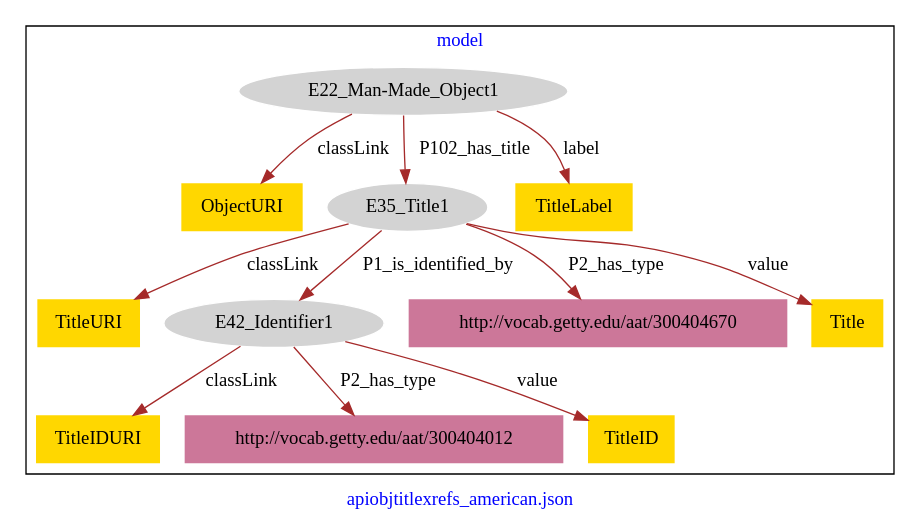
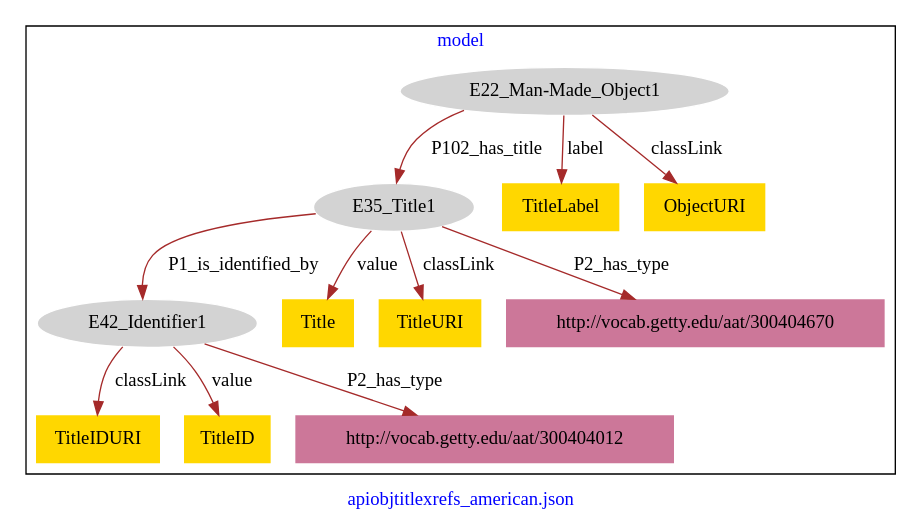
The diagram in apiobjtitlexrefs_american/apiobjtitlexrefs_american-primary_title-model.dot (american-art/PUAM), drawn with Graphviz before and after one commit.

Commit message:
Update file apiobjtitlexrefs_american-primary_title-model.dot

```diff
--- a/apiobjtitlexrefs_american/apiobjtitlexrefs_american-primary_title-model.dot
+++ b/apiobjtitlexrefs_american/apiobjtitlexrefs_american-primary_title-model.dot
@@ -1,29 +1,29 @@
 digraph n0 {
 fontcolor="blue"
 remincross="true"
 label="apiobjtitlexrefs_american.json"
 subgraph cluster {
 label="model"
 n2[style="filled",color="white",fillcolor="lightgray",label="E22_Man-Made_Object1"];
-n3[shape="plaintext",style="filled",fillcolor="gold",label="ObjectURI"];
-n4[style="filled",color="white",fillcolor="lightgray",label="E35_Title1"];
-n5[shape="plaintext",style="filled",fillcolor="gold",label="TitleLabel"];
-n6[shape="plaintext",style="filled",fillcolor="gold",label="TitleURI"];
-n7[style="filled",color="white",fillcolor="lightgray",label="E42_Identifier1"];
-n8[shape="plaintext",style="filled",fillcolor="#CC7799",label="http://vocab.getty.edu/aat/300404670"];
-n9[shape="plaintext",style="filled",fillcolor="gold",label="Title"];
-n10[shape="plaintext",style="filled",fillcolor="gold",label="TitleIDURI"];
+n3[style="filled",color="white",fillcolor="lightgray",label="E35_Title1"];
+n4[style="filled",color="white",fillcolor="lightgray",label="E42_Identifier1"];
+n5[shape="plaintext",style="filled",fillcolor="gold",label="TitleIDURI"];
+n6[shape="plaintext",style="filled",fillcolor="gold",label="TitleLabel"];
+n7[shape="plaintext",style="filled",fillcolor="gold",label="Title"];
+n8[shape="plaintext",style="filled",fillcolor="gold",label="TitleURI"];
+n9[shape="plaintext",style="filled",fillcolor="gold",label="TitleID"];
+n10[shape="plaintext",style="filled",fillcolor="gold",label="ObjectURI"];
 n11[shape="plaintext",style="filled",fillcolor="#CC7799",label="http://vocab.getty.edu/aat/300404012"];
-n12[shape="plaintext",style="filled",fillcolor="gold",label="TitleID"];
+n12[shape="plaintext",style="filled",fillcolor="#CC7799",label="http://vocab.getty.edu/aat/300404670"];
 }
-n2 -> n3[color="brown",fontcolor="black",label="classLink"]
-n2 -> n4[color="brown",fontcolor="black",label="P102_has_title"]
-n2 -> n5[color="brown",fontcolor="black",label="label"]
-n4 -> n6[color="brown",fontcolor="black",label="classLink"]
-n4 -> n7[color="brown",fontcolor="black",label="P1_is_identified_by"]
-n4 -> n8[color="brown",fontcolor="black",label="P2_has_type"]
+n2 -> n3[color="brown",fontcolor="black",label="P102_has_title"]
+n3 -> n4[color="brown",fontcolor="black",label="P1_is_identified_by"]
+n4 -> n5[color="brown",fontcolor="black",label="classLink"]
+n2 -> n6[color="brown",fontcolor="black",label="label"]
+n3 -> n7[color="brown",fontcolor="black",label="value"]
+n3 -> n8[color="brown",fontcolor="black",label="classLink"]
 n4 -> n9[color="brown",fontcolor="black",label="value"]
-n7 -> n10[color="brown",fontcolor="black",label="classLink"]
-n7 -> n11[color="brown",fontcolor="black",label="P2_has_type"]
-n7 -> n12[color="brown",fontcolor="black",label="value"]
+n2 -> n10[color="brown",fontcolor="black",label="classLink"]
+n4 -> n11[color="brown",fontcolor="black",label="P2_has_type"]
+n3 -> n12[color="brown",fontcolor="black",label="P2_has_type"]
 }
```
